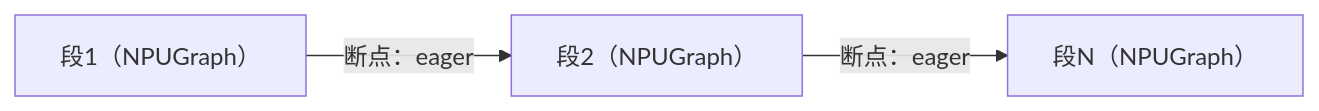
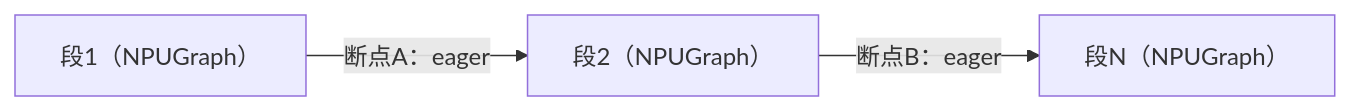
The second of 7 diagrams in FE/BreakableNPUGraphBackend设计方案/README.md (kyrotiko/sglang-docs), drawn with Mermaid before and after one commit. The commit also changed other lines of this file, not shown here.

First line of the commit message:
Restore the diagrams and before/after tables, and detail the DSV4 adaptation

````diff
--- a/FE/BreakableNPUGraphBackend设计方案/README.md
+++ b/FE/BreakableNPUGraphBackend设计方案/README.md
@@ -51,5 +76,5 @@
 ```mermaid
 flowchart LR
-    S1["段1（NPUGraph）"] -->|"断点：eager"| S2["段2（NPUGraph）"]
-    S2 -->|"断点：eager"| S3["段N（NPUGraph）"]
+    S1["段1（NPUGraph）"] -->|"断点A：eager"| S2["段2（NPUGraph）"]
+    S2 -->|"断点B：eager"| S3["段N（NPUGraph）"]
 ```
````
